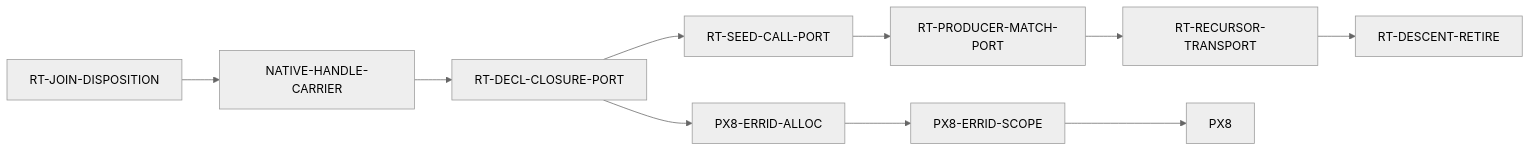
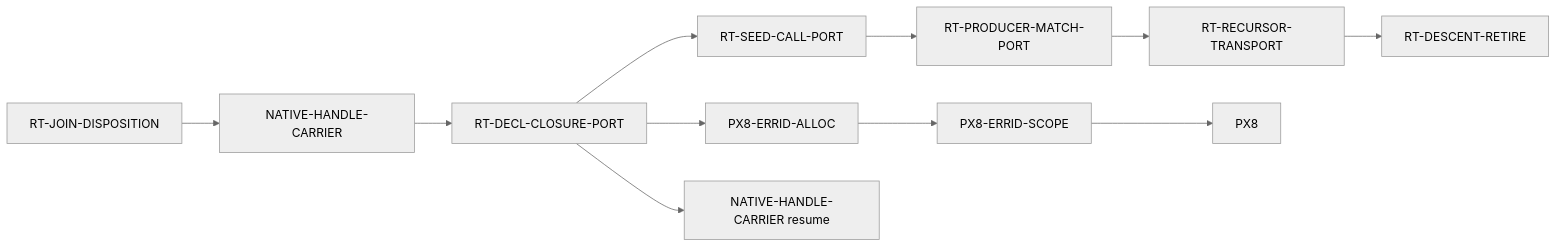
One commit to ken-topos/ken changed the diagram in docs/program/16-recursive-descent-retirement.md. Above: the diagram before and after it, drawn with Mermaid (neutral theme). The commit also changed other lines of this file and 2 other files, not shown here.

````diff
--- a/docs/program/16-recursive-descent-retirement.md
+++ b/docs/program/16-recursive-descent-retirement.md
@@ -156,12 +192,13 @@
 ```mermaid
 graph LR
   JD[RT-JOIN-DISPOSITION] --> NHC[NATIVE-HANDLE-CARRIER]
   NHC --> DCP[RT-DECL-CLOSURE-PORT]
   DCP --> SCP[RT-SEED-CALL-PORT]
   SCP --> PMP[RT-PRODUCER-MATCH-PORT]
   PMP --> RXT[RT-RECURSOR-TRANSPORT]
   RXT --> RET[RT-DESCENT-RETIRE]
   DCP --> ALLOC[PX8-ERRID-ALLOC]
+  DCP --> NHC2[NATIVE-HANDLE-CARRIER resume]
   ALLOC --> SCOPE[PX8-ERRID-SCOPE]
   SCOPE --> PX8
 ```
````
